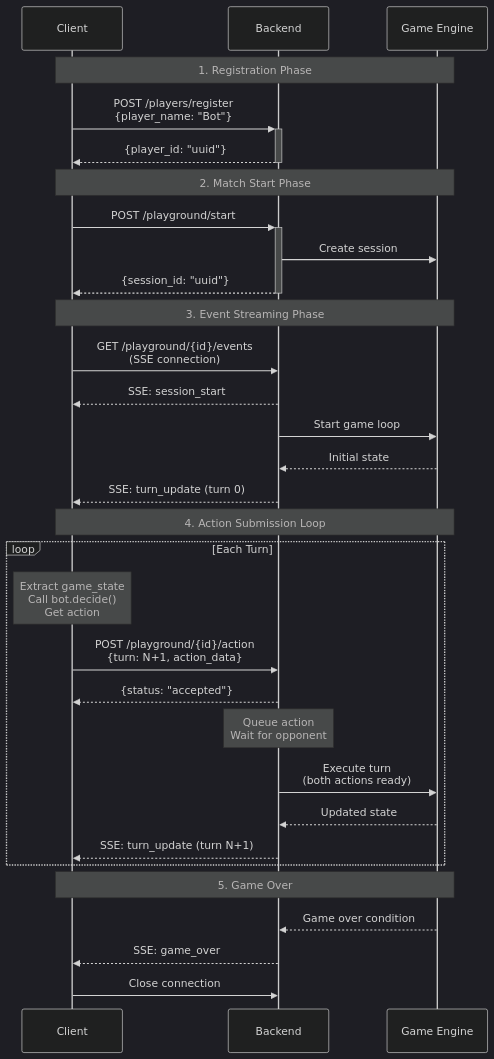
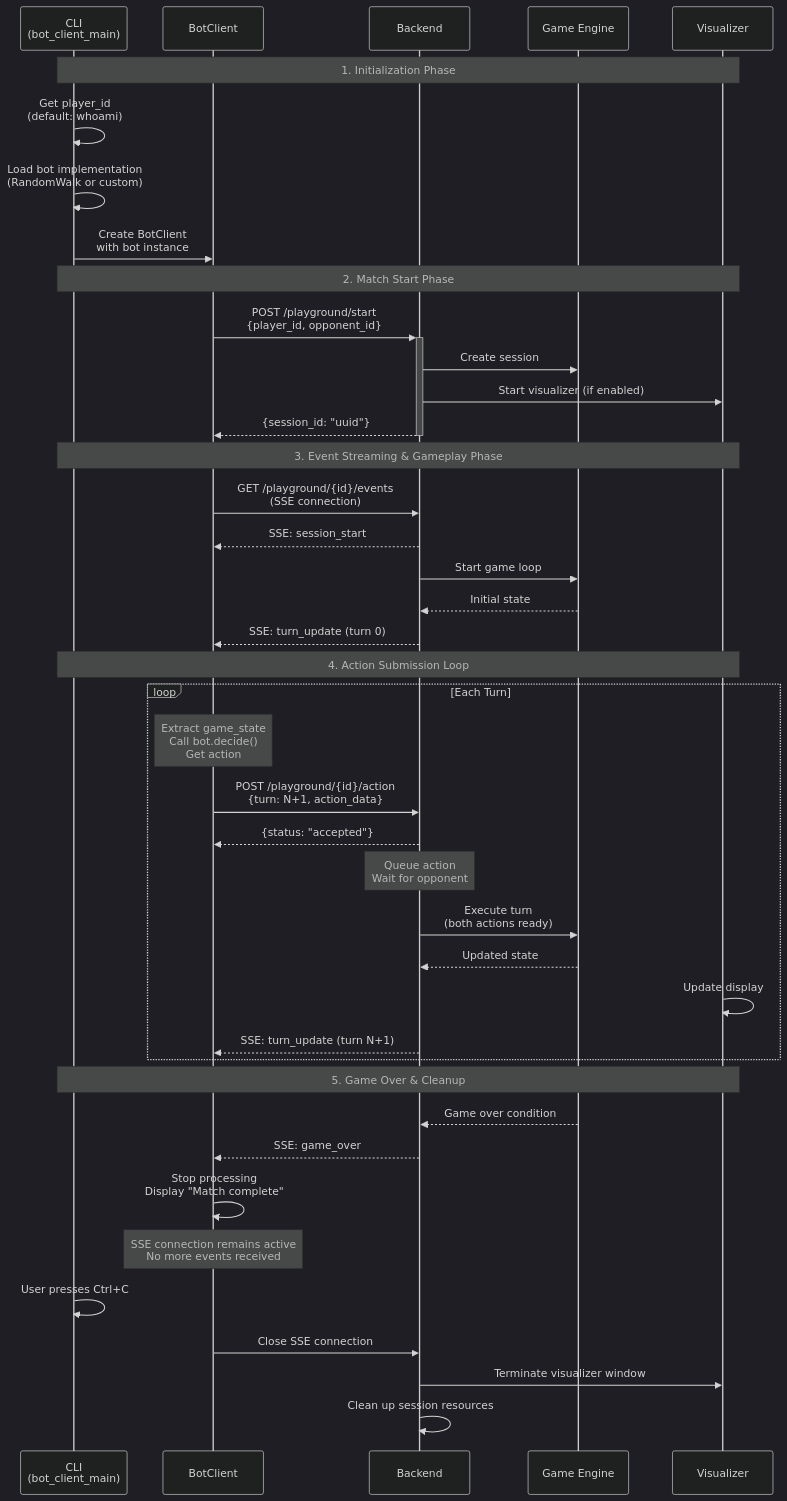
Before and after one commit to swex-camp2024-copilot/swex-camp-spellcaster: the second of 4 diagrams in docs/specs/bot-client/design.md, drawn with Mermaid (dark theme). The commit also changed other lines of this file, not shown here.

Commit message:
Bot Client - design spec

````diff
--- a/docs/specs/bot-client/design.md
+++ b/docs/specs/bot-client/design.md
@@ -79,38 +84,48 @@
 ```mermaid
 sequenceDiagram
-    participant Client
+    participant CLI as CLI<br/>(bot_client_main)
+    participant Client as BotClient
     participant Backend
     participant GameEngine as Game Engine
+    participant Visualizer
 
-    Note over Client,GameEngine: 1. Registration Phase
-    Client->>+Backend: POST /players/register<br/>{player_name: "Bot"}
-    Backend-->>-Client: {player_id: "uuid"}
+    Note over CLI,Visualizer: 1. Initialization Phase
+    CLI->>CLI: Get player_id<br/>(default: whoami)
+    CLI->>CLI: Load bot implementation<br/>(RandomWalk or custom)
+    CLI->>Client: Create BotClient<br/>with bot instance
 
-    Note over Client,GameEngine: 2. Match Start Phase
-    Client->>+Backend: POST /playground/start
+    Note over CLI,Visualizer: 2. Match Start Phase
+    Client->>+Backend: POST /playground/start<br/>{player_id, opponent_id}
     Backend->>GameEngine: Create session
+    Backend->>Visualizer: Start visualizer (if enabled)
     Backend-->>-Client: {session_id: "uuid"}
 
-    Note over Client,GameEngine: 3. Event Streaming Phase
+    Note over CLI,Visualizer: 3. Event Streaming & Gameplay Phase
     Client->>Backend: GET /playground/{id}/events<br/>(SSE connection)
     Backend-->>Client: SSE: session_start
     Backend->>GameEngine: Start game loop
     GameEngine-->>Backend: Initial state
     Backend-->>Client: SSE: turn_update (turn 0)
 
-    Note over Client,GameEngine: 4. Action Submission Loop
+    Note over CLI,Visualizer: 4. Action Submission Loop
     loop Each Turn
         Note over Client: Extract game_state<br/>Call bot.decide()<br/>Get action
         Client->>Backend: POST /playground/{id}/action<br/>{turn: N+1, action_data}
         Backend-->>Client: {status: "accepted"}
         Note over Backend: Queue action<br/>Wait for opponent
         Backend->>GameEngine: Execute turn<br/>(both actions ready)
         GameEngine-->>Backend: Updated state
+        Visualizer->>Visualizer: Update display
         Backend-->>Client: SSE: turn_update (turn N+1)
     end
 
-    Note over Client,GameEngine: 5. Game Over
+    Note over CLI,Visualizer: 5. Game Over & Cleanup
     GameEngine-->>Backend: Game over condition
     Backend-->>Client: SSE: game_over
-    Client->>Backend: Close connection
+    Client->>Client: Stop processing<br/>Display "Match complete"
+    Note over Client: SSE connection remains active<br/>No more events received
+    CLI->>CLI: User presses Ctrl+C
+    Client->>Backend: Close SSE connection
+    Backend->>Visualizer: Terminate visualizer window
+    Backend->>Backend: Clean up session resources
 ```
````
